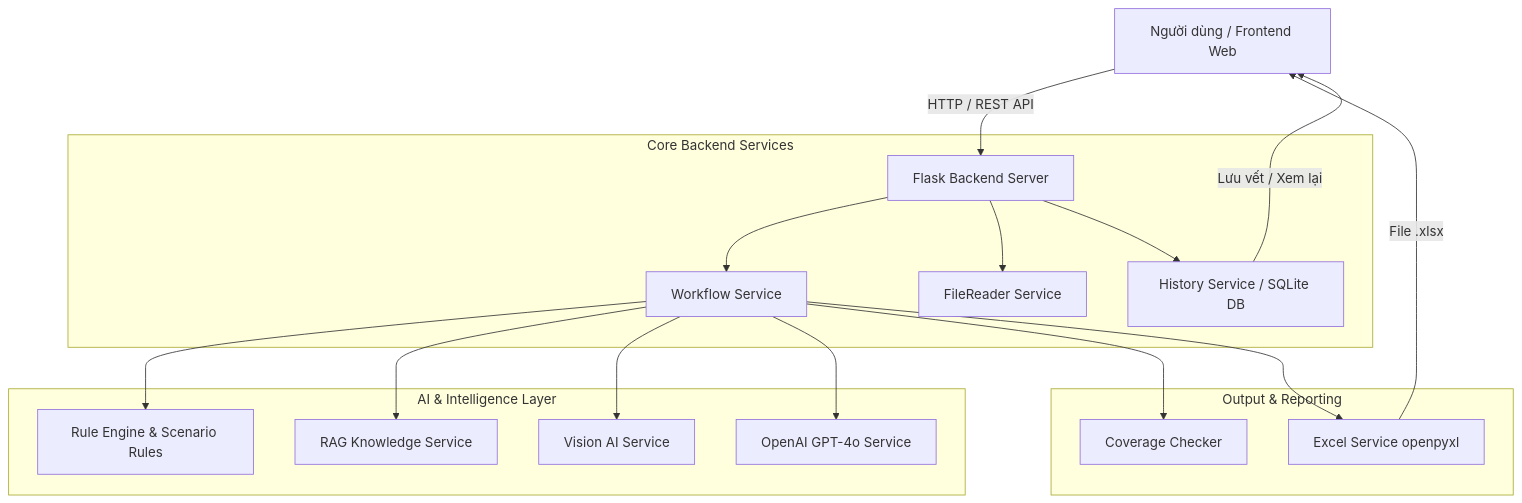
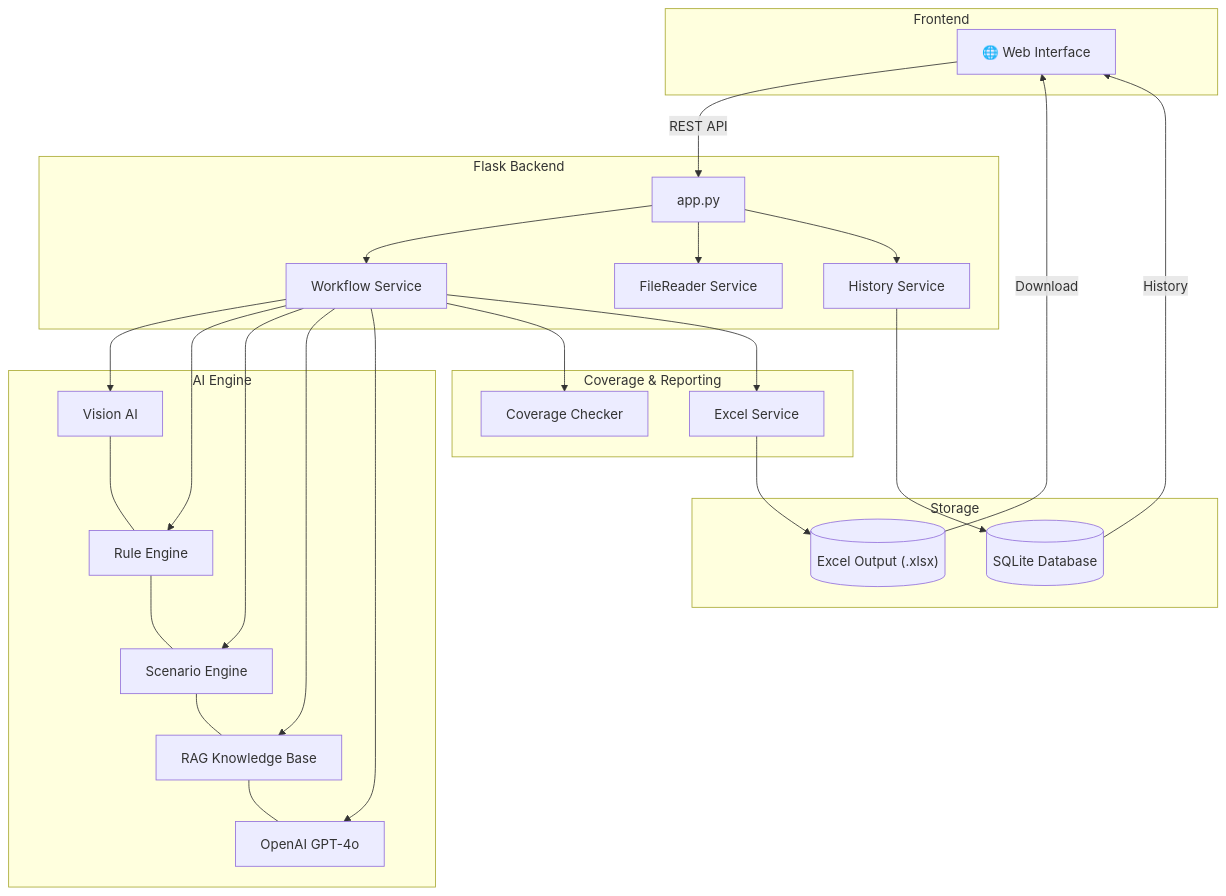
The diagram in README.md (tranbao0205-it/AI-TestCase-Generator), drawn with Mermaid before and after one commit.

````diff
--- a/README.md
+++ b/README.md
@@ -39,25 +39,76 @@
 ```mermaid
-graph TD
-    A[Người dùng / Frontend Web] -->|HTTP / REST API| B[Flask Backend Server]
-    
-    subgraph "Core Backend Services"
-        B --> C[Workflow Service]
-        B --> D[FileReader Service]
-        B --> E[History Service / SQLite DB]
-    end
+flowchart TB
 
-    subgraph "AI & Intelligence Layer"
-        C --> F[Rule Engine & Scenario Rules]
-        C --> G[RAG Knowledge Service]
-        C --> H[Vision AI Service]
-        C --> I[OpenAI GPT-4o Service]
-    end
+%% ===========================
+%% FRONTEND
+%% ===========================
+subgraph FRONTEND["Frontend"]
+    A["🌐 Web Interface"]
+end
 
-    subgraph "Output & Reporting"
-        C --> J[Coverage Checker]
-        C --> K[Excel Service openpyxl]
-    end
+%% ===========================
+%% BACKEND
+%% ===========================
+subgraph BACKEND["Flask Backend"]
+    B["app.py"]
+    C["Workflow Service"]
+    D["FileReader Service"]
+    E["History Service"]
 
-    K -->|File .xlsx| A
-    E -->|Lưu vết / Xem lại| A
+    B --> C
+    B --> D
+    B --> E
+end
+
+%% ===========================
+%% AI ENGINE
+%% ===========================
+subgraph AI["AI Engine"]
+    F["Vision AI"]
+    G["Rule Engine"]
+    H["Scenario Engine"]
+    I["RAG Knowledge Base"]
+    J["OpenAI GPT-4o"]
+
+    F --- G
+    G --- H
+    H --- I
+    I --- J
+end
+
+%% ===========================
+%% OUTPUT
+%% ===========================
+subgraph OUTPUT["Coverage & Reporting"]
+    K["Coverage Checker"]
+    L["Excel Service"]
+end
+
+%% ===========================
+%% STORAGE
+%% ===========================
+subgraph STORAGE["Storage"]
+    M[("SQLite Database")]
+    N[("Excel Output (.xlsx)")]
+end
+
+%% ===========================
+%% FLOW
+%% ===========================
+A -->|"REST API"| B
+
+C --> F
+C --> G
+C --> H
+C --> I
+C --> J
+
+C --> K
+C --> L
+
+E --> M
+L --> N
+
+N -->|"Download"| A
+M -->|"History"| A
 ```
````
